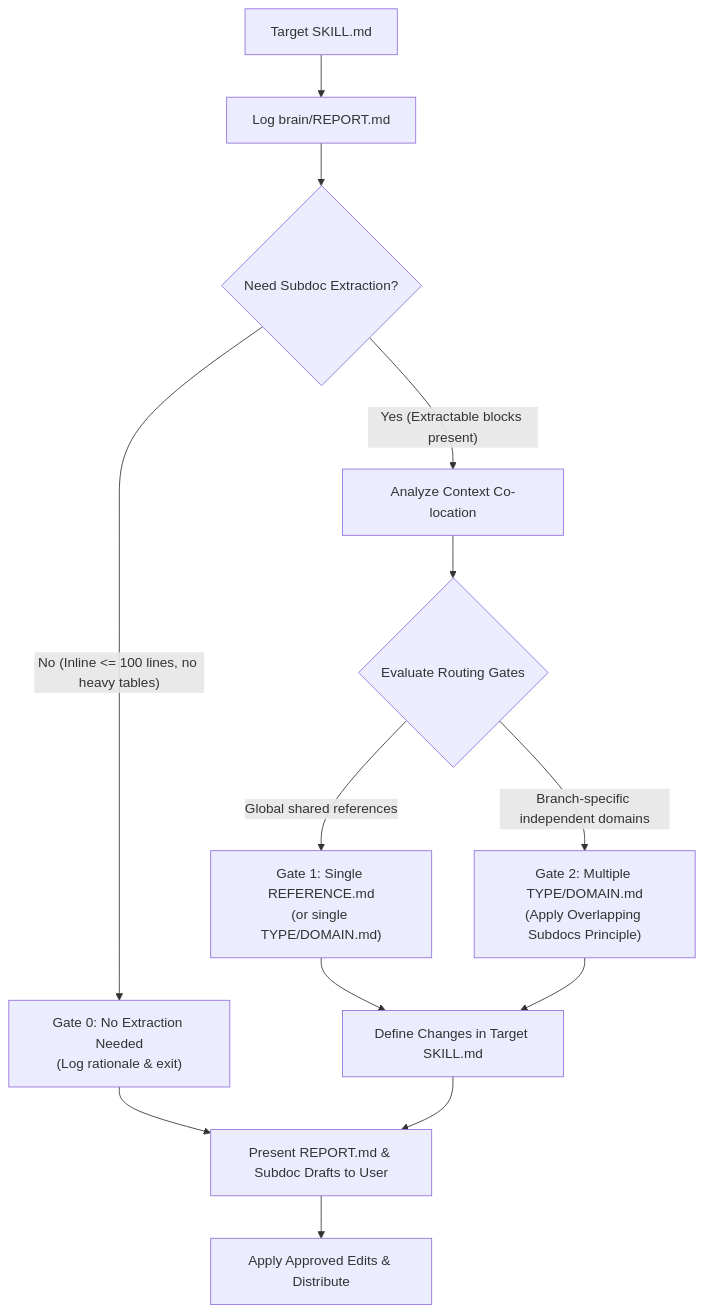
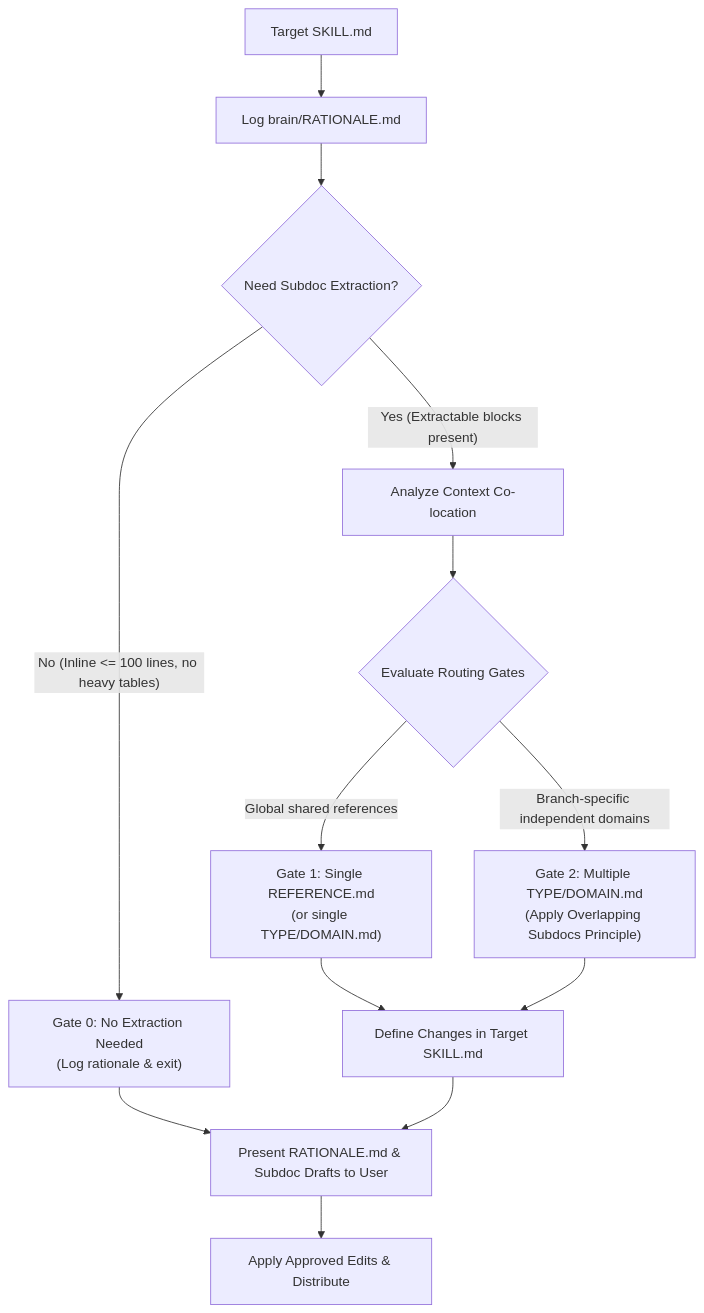
One commit to loerei/myskills changed the diagram in productivity/write-skill-subdocs/SKILL.md. Above: the diagram before and after it, drawn with Mermaid. The commit also changed other lines of this file, not shown here.

Commit message:
refactor(write-skill-subdocs): rename REPORT.md to RATIONALE.md for domain precision

````diff
--- a/productivity/write-skill-subdocs/SKILL.md
+++ b/productivity/write-skill-subdocs/SKILL.md
@@ -18,17 +18,17 @@
 ```mermaid
 flowchart TD
-    TargetSKILL["Target SKILL.md"] --> InitReport["Log brain/REPORT.md"] --> EvaluateCandidates{"Need Subdoc Extraction?"}
+    TargetSKILL["Target SKILL.md"] --> InitRationale["Log brain/RATIONALE.md"] --> EvaluateCandidates{"Need Subdoc Extraction?"}
     
     EvaluateCandidates -->|"No (Inline <= 100 lines, no heavy tables)"| Gate0["Gate 0: No Extraction Needed<br/>(Log rationale & exit)"]
     EvaluateCandidates -->|"Yes (Extractable blocks present)"| GroupContext["Analyze Context Co-location"] --> CheckGates{"Evaluate Routing Gates"}
     
     CheckGates -->|"Global shared references"| Gate1["Gate 1: Single REFERENCE.md<br/>(or single TYPE/DOMAIN.md)"]
     CheckGates -->|"Branch-specific independent domains"| Gate2["Gate 2: Multiple TYPE/DOMAIN.md<br/>(Apply Overlapping Subdocs Principle)"]
     
     Gate1 --> PlanSkillEdit["Define Changes in Target SKILL.md"]
     Gate2 --> PlanSkillEdit
     
-    Gate0 --> OutputUser["Present REPORT.md & Subdoc Drafts to User"]
+    Gate0 --> OutputUser["Present RATIONALE.md & Subdoc Drafts to User"]
     PlanSkillEdit --> OutputUser
     OutputUser --> ExecStep["Apply Approved Edits & Distribute"]
 ```
````
